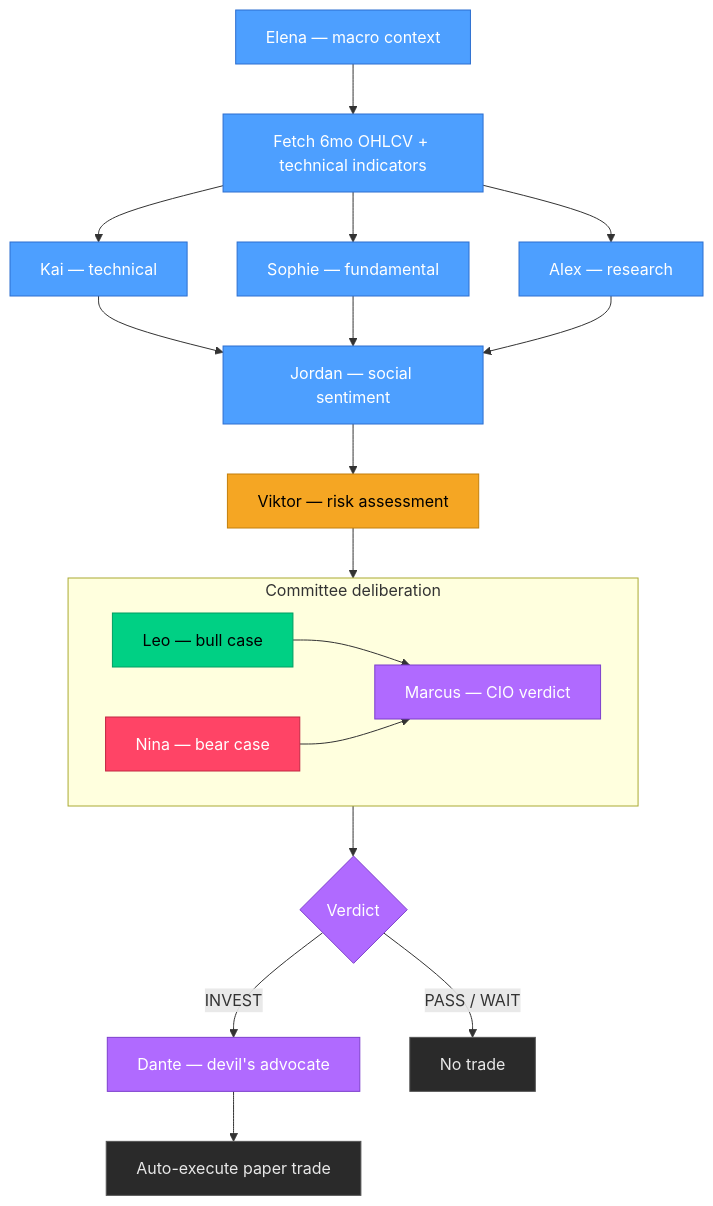
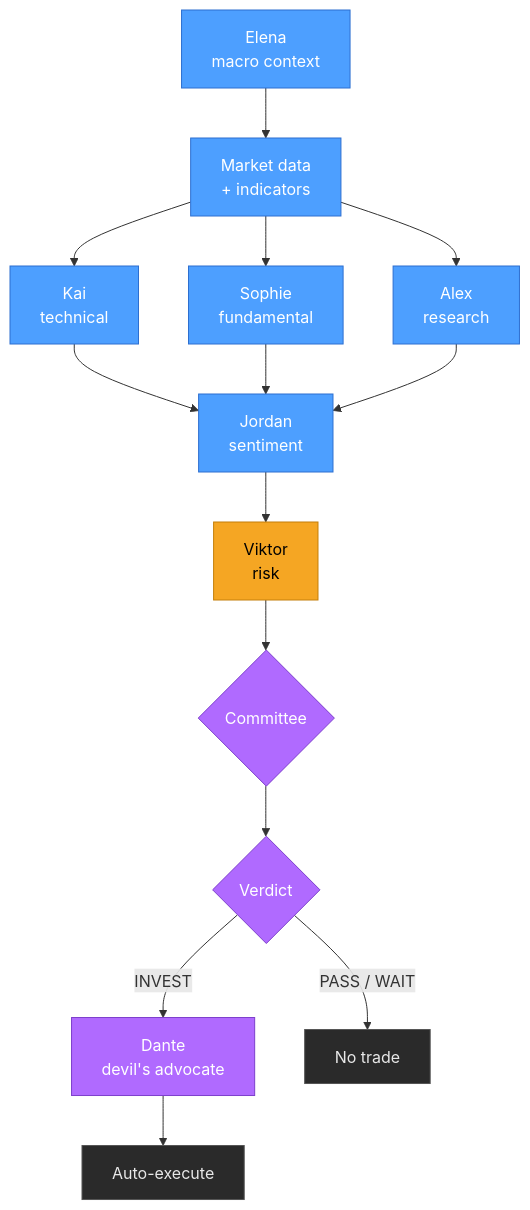
Before and after one commit to Nikros07/Apex-Capital: the first of 2 diagrams in README.md, drawn with Mermaid. The commit also changed other lines of this file, not shown here.

````diff
--- a/README.md
+++ b/README.md
@@ -40,35 +49,23 @@
 ```mermaid
 flowchart TD
-    A[Elena — macro context] --> B[Fetch 6mo OHLCV + technical indicators]
-    B --> C1[Kai — technical]
-    B --> C2[Sophie — fundamental]
-    B --> C3[Alex — research]
-    C1 & C2 & C3 --> D[Jordan — social sentiment]
-    D --> E[Viktor — risk assessment]
-    E --> F[Committee deliberation]
-
-    subgraph F [Committee deliberation]
-        direction LR
-        F1[Leo — bull case] --> F3[Marcus — CIO verdict]
-        F2[Nina — bear case] --> F3
-    end
-
+    A[Elena<br/>macro context] --> B[Market data<br/>+ indicators]
+    B --> C1[Kai<br/>technical]
+    B --> C2[Sophie<br/>fundamental]
+    B --> C3[Alex<br/>research]
+    C1 & C2 & C3 --> D[Jordan<br/>sentiment]
+    D --> E[Viktor<br/>risk]
+    E --> F{Committee}
     F --> G{Verdict}
-    G -->|INVEST| H[Dante — devil's advocate]
+    G -->|INVEST| H[Dante<br/>devil's advocate]
     G -->|PASS / WAIT| Z[No trade]
-    H --> I[Auto-execute paper trade]
+    H --> I[Auto-execute]
 
     classDef research fill:#4d9fff,stroke:#2d6fd0,color:#fff
     classDef risk fill:#f5a623,stroke:#c47f0a,color:#000
-    classDef bull fill:#00d084,stroke:#009e63,color:#000
-    classDef bear fill:#ff4466,stroke:#c22843,color:#fff
     classDef verdict fill:#b06aff,stroke:#7d3fcc,color:#fff
     classDef neutral fill:#2a2a2a,stroke:#555,color:#e8e8e8
-
     class A,B,C1,C2,C3,D research
     class E risk
-    class F1 bull
-    class F2 bear
-    class F3,G,H verdict
+    class F,G,H verdict
     class Z,I neutral
 ```
````
